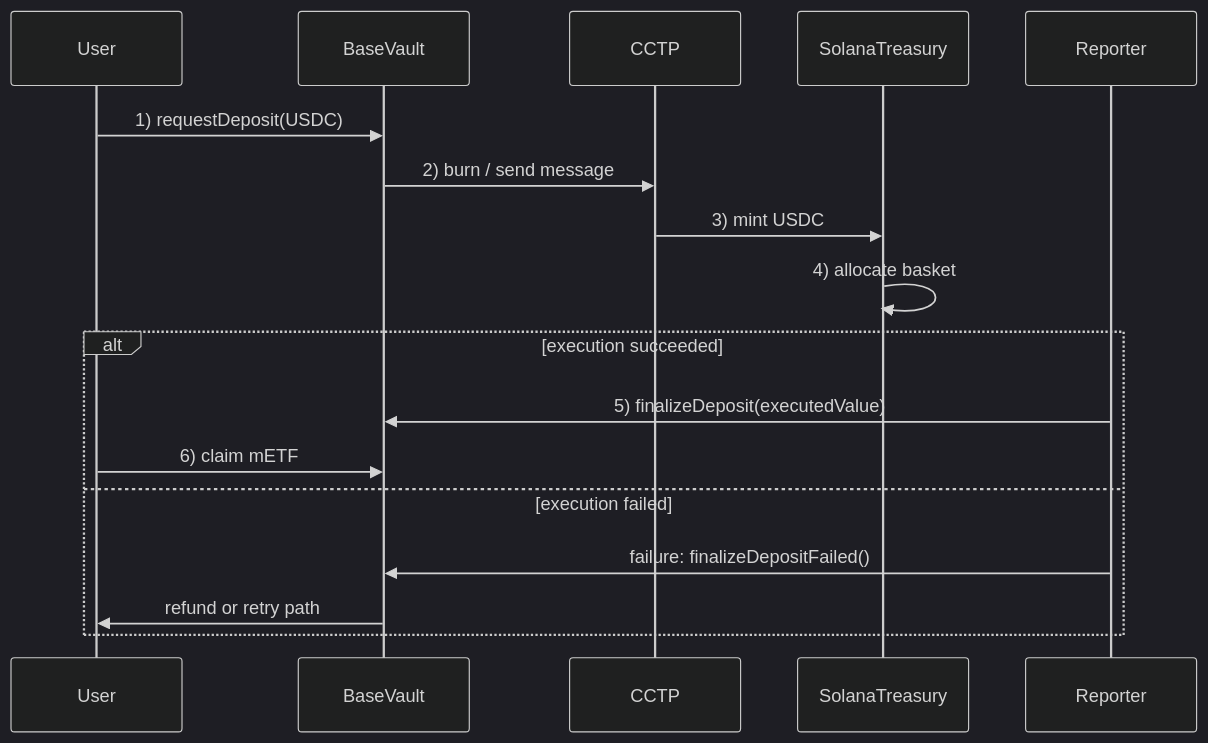
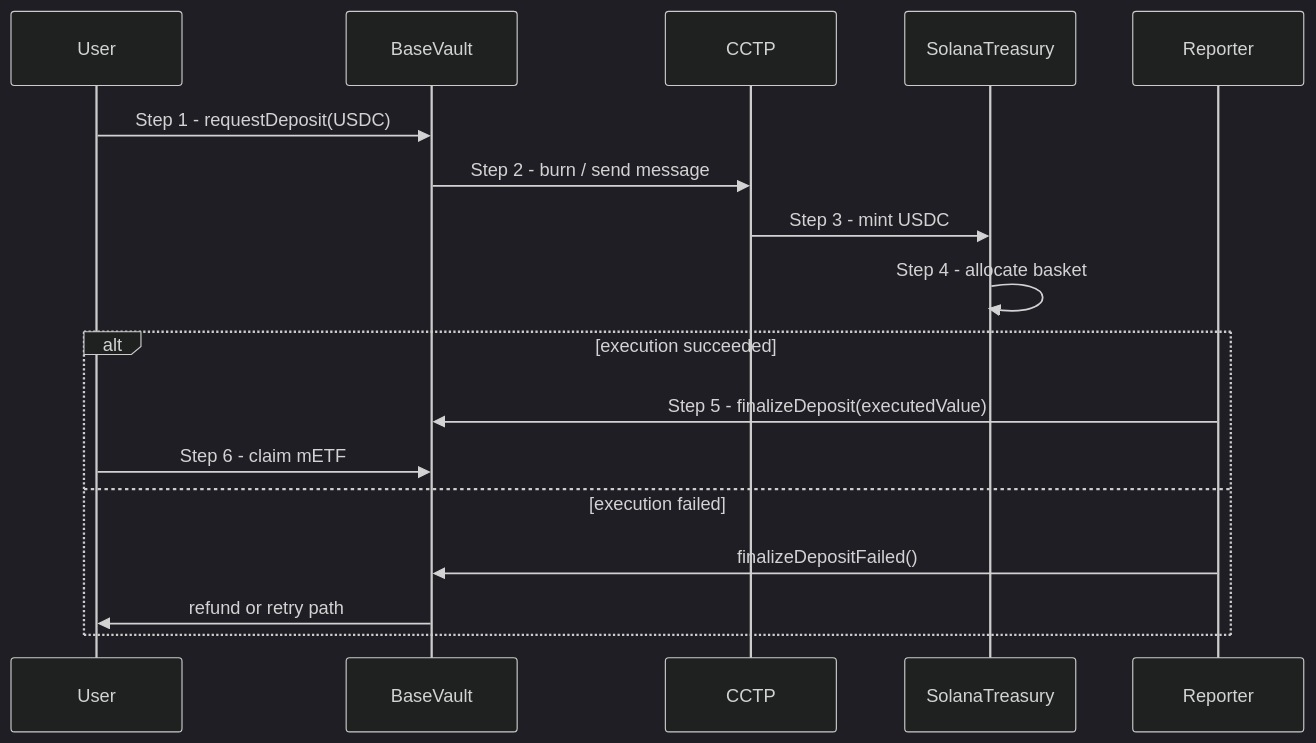
The second of 3 diagrams in slides.md (Ham3798/OmniETF), drawn with Mermaid (dark theme) before and after one commit. The commit also changed other lines of this file, not shown here.

````diff
--- a/slides.md
+++ b/slides.md
@@ -429,19 +430,21 @@
 ```mermaid
 sequenceDiagram
-  participant User
-  participant BaseVault
-  participant CCTP
-  participant SolanaTreasury
-  participant Reporter
-  User->>BaseVault: 1) requestDeposit(USDC)
-  BaseVault->>CCTP: 2) burn / send message
-  CCTP->>SolanaTreasury: 3) mint USDC
-  SolanaTreasury->>SolanaTreasury: 4) allocate basket
+  participant U as User
+  participant BV as BaseVault
+  participant CP as CCTP
+  participant ST as SolanaTreasury
+  participant R as Reporter
+
+  U->>BV: Step 1 - requestDeposit(USDC)
+  BV->>CP: Step 2 - burn / send message
+  CP->>ST: Step 3 - mint USDC
+  ST->>ST: Step 4 - allocate basket
+
   alt execution succeeded
-    Reporter->>BaseVault: 5) finalizeDeposit(executedValue)
-    User->>BaseVault: 6) claim mETF
+    R->>BV: Step 5 - finalizeDeposit(executedValue)
+    U->>BV: Step 6 - claim mETF
   else execution failed
-    Reporter->>BaseVault: failure: finalizeDepositFailed()
-    BaseVault->>User: refund or retry path
+    R->>BV: finalizeDepositFailed()
+    BV->>U: refund or retry path
   end
 ```
````
